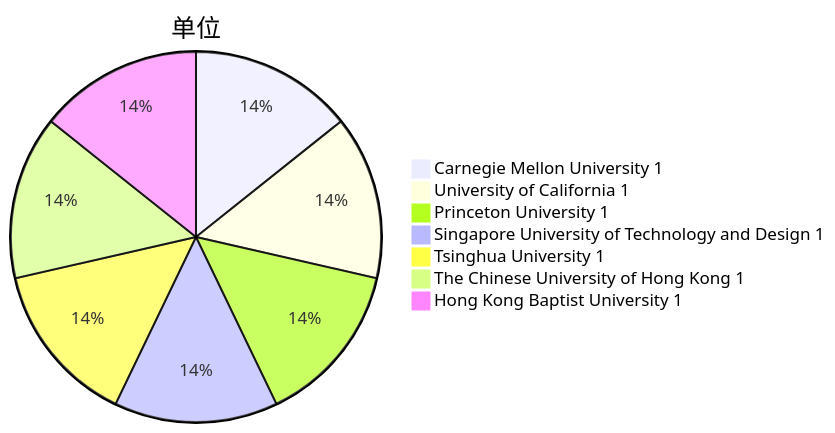
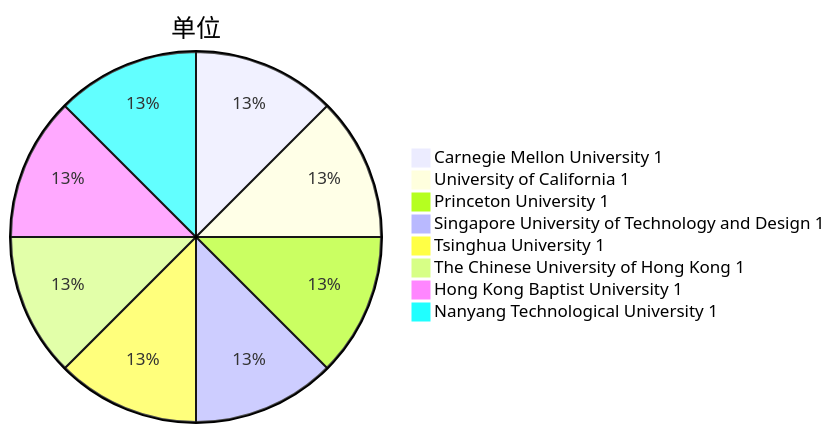
The third of 5 diagrams in Attack/Jailbreak/analyse.md (Elephant-King9/Paper), drawn with Mermaid before and after one commit. The commit also changed other lines of this file and 5 other files, not shown here.

````diff
--- a/Attack/Jailbreak/analyse.md
+++ b/Attack/Jailbreak/analyse.md
@@ -36,10 +38,11 @@
 ```mermaid
 pie title 单位
     "Carnegie Mellon University 1" : 1
     "University of California 1" : 1
     "Princeton University 1" : 1
     "Singapore University of Technology and Design 1 " : 1
     "Tsinghua University 1" : 1
     "The Chinese University of Hong Kong 1" : 1
     "Hong Kong Baptist University 1" : 1
+    "Nanyang Technological University 1" : 1
 ```
````
